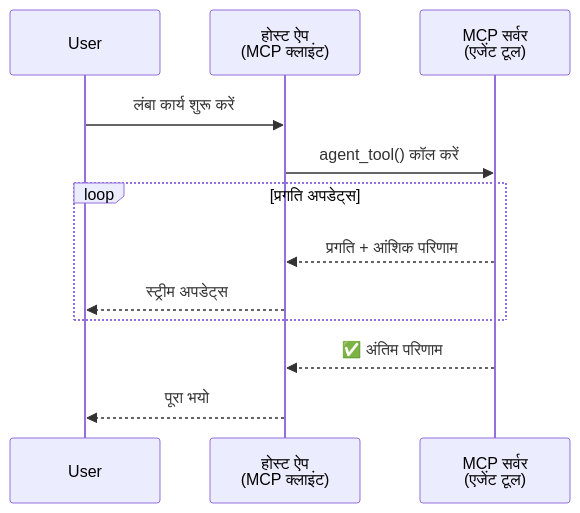
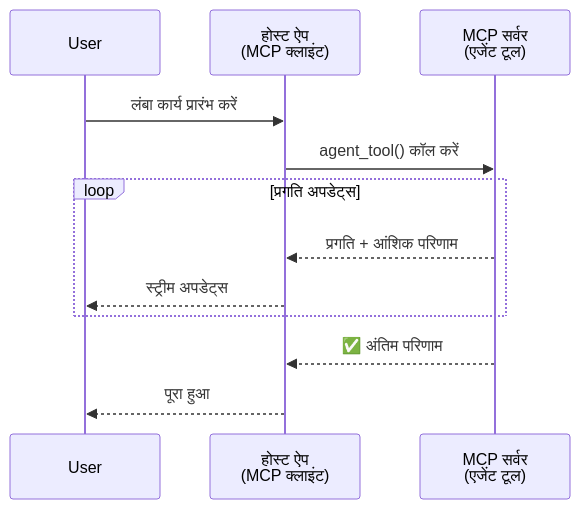
One commit to gabrielmoreira/agent-skills-mirror changed the first of 5 diagrams in mirrors/repos/microsoft@ai-agents-for-beginners/translations/hi/11-agentic-protocols/code_samples/mcp-agents/README.md. Above: the diagram before and after it, drawn with Mermaid. The commit also changed other lines of this file and 4262 other files, not shown here.

````diff
--- a/mirrors/repos/microsoft@ai-agents-for-beginners/translations/hi/11-agentic-protocols/code_samples/mcp-agents/README.md
+++ b/mirrors/repos/microsoft@ai-agents-for-beginners/translations/hi/11-agentic-protocols/code_samples/mcp-agents/README.md
@@ -46,17 +46,17 @@
 ```mermaid
 sequenceDiagram
     participant User
     participant Host as होस्ट ऐप<br/>(MCP क्लाइंट)
     participant Server as MCP सर्वर<br/>(एजेंट टूल)
 
-    User->>Host: लंबा कार्य शुरू करें
+    User->>Host: लंबा कार्य प्रारंभ करें
     Host->>Server: agent_tool() कॉल करें
 
     loop प्रगति अपडेट्स
         Server-->>Host: प्रगति + आंशिक परिणाम
         Host-->>User: स्ट्रीम अपडेट्स
     end
 
     Server-->>Host: ✅ अंतिम परिणाम
-    Host-->>User: पूरा भयो
+    Host-->>User: पूरा हुआ
 ```
````
